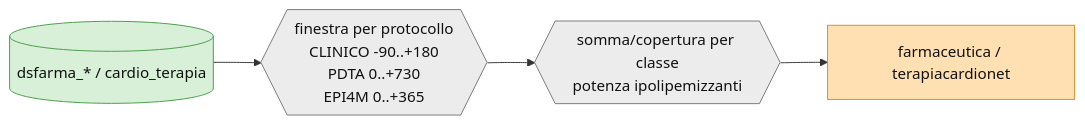
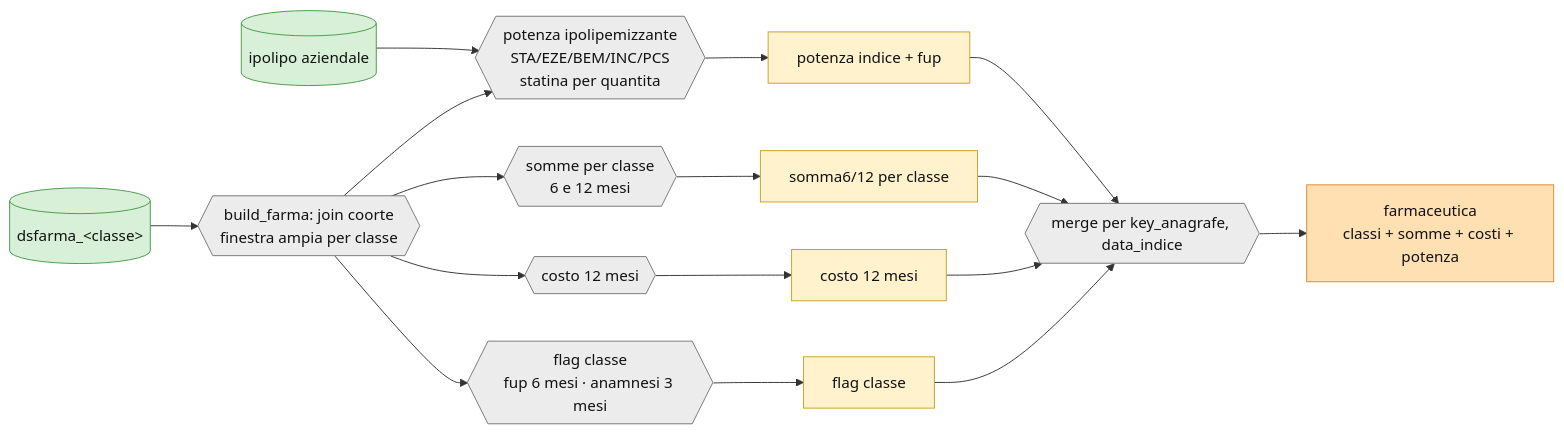
One commit to arjunascagnetto/OCVTS changed diagram 27 of 27 in OCVTS.md. Above: the diagram before and after it, drawn with Mermaid. The commit also changed other lines of this file, not shown here.

First line of the commit message:
Terapia farmaceutica: dettaglio delle componenti (potenza ipolipemizzante, somme, costo, flag)

````diff
--- a/OCVTS.md
+++ b/OCVTS.md
@@ -1210,8 +1232,22 @@
 ```mermaid
 flowchart LR
-  dsf[(dsfarma_* / cardio_terapia)]:::l1 --> W{{finestra per protocollo<br/>CLINICO -90..+180<br/>PDTA 0..+730<br/>EPI4M 0..+365}}:::tf
-  W --> AGG{{somma/copertura per classe<br/>potenza ipolipemizzanti}}:::tf --> OUT[farmaceutica / terapiacardionet]:::out
+  dsf[(dsfarma_&lt;classe&gt;)]:::l1 --> BF{{build_farma: join coorte<br/>finestra ampia per classe}}:::tf
+  azi[(ipolipo aziendale)]:::l1 --> POT
+  BF --> POT{{potenza ipolipemizzante<br/>STA/EZE/BEM/INC/PCS<br/>statina per quantita}}:::tf
+  BF --> SUM{{somme per classe<br/>6 e 12 mesi}}:::tf
+  BF --> COST{{costo 12 mesi}}:::tf
+  BF --> FLAG{{flag classe<br/>fup 6 mesi · anamnesi 3 mesi}}:::tf
+  POT --> P1[potenza indice + fup]:::l2
+  SUM --> P2[somma6/12 per classe]:::l2
+  COST --> P3[costo 12 mesi]:::l2
+  FLAG --> P4[flag classe]:::l2
+  P1 --> M{{merge per key_anagrafe, data_indice}}:::tf
+  P2 --> M
+  P3 --> M
+  P4 --> M
+  M --> OUT[farmaceutica<br/>classi + somme + costi + potenza]:::out
   classDef l1 fill:#d7f0d7,stroke:#4a9a4a,color:#111;
+  classDef l2 fill:#fff2cc,stroke:#c9a227,color:#111;
   classDef tf fill:#ececec,stroke:#777,color:#111;
   classDef out fill:#ffe0b3,stroke:#d98a2b,color:#111;
 ```
````
